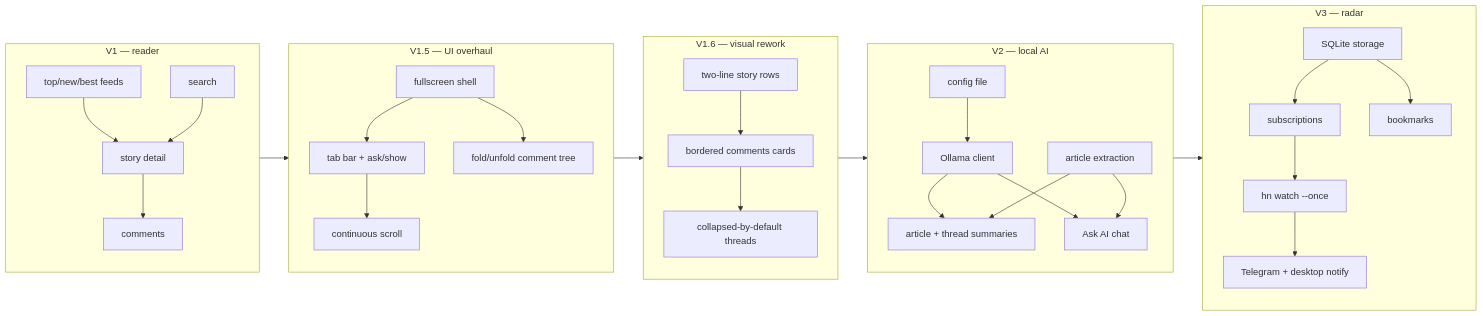
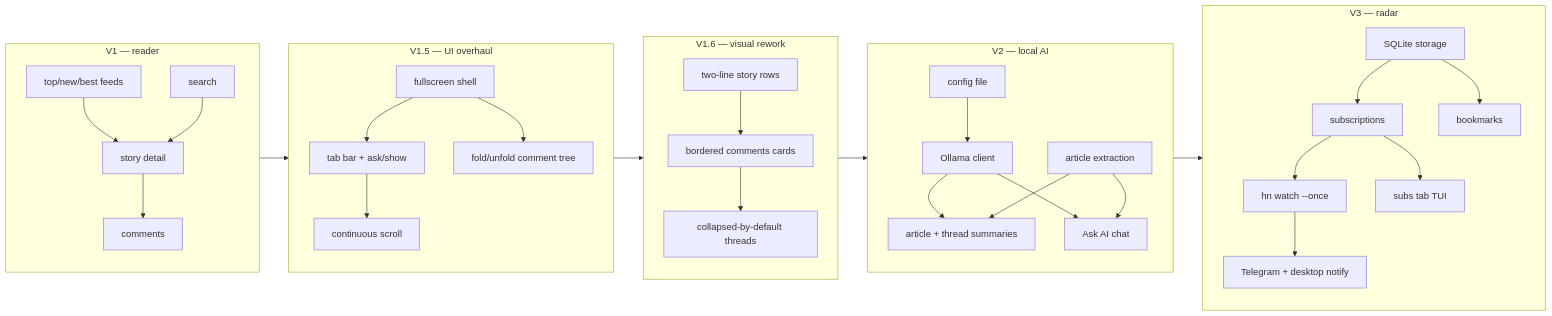
The diagram in specs/README.md (navinrc/hn-bits), drawn with Mermaid before and after one commit. The commit also changed other lines of this file and 6 other files, not shown here.

````diff
--- a/specs/README.md
+++ b/specs/README.md
@@ -17,29 +17,30 @@
 ```mermaid
 flowchart LR
     subgraph V1 [V1 — reader]
         A[top/new/best feeds] --> B[story detail] --> C[comments]
         S[search] --> B
     end
     subgraph V15 [V1.5 — UI overhaul]
         U[fullscreen shell] --> V[tab bar + ask/show]
         V --> W[continuous scroll]
         U --> X[fold/unfold comment tree]
     end
     subgraph V16 [V1.6 — visual rework]
         Y[two-line story rows] --> Z[bordered comments cards]
         Z --> AA[collapsed-by-default threads]
     end
     subgraph V2 [V2 — local AI]
         D[config file] --> E[Ollama client]
         E --> F[article + thread summaries]
         E --> G[Ask AI chat]
         H[article extraction] --> F & G
     end
     subgraph V3 [V3 — radar]
         I[SQLite storage] --> J[subscriptions]
         J --> K[hn watch --once]
         K --> L[Telegram + desktop notify]
+        J --> N[subs tab TUI]
         I --> M[bookmarks]
     end
     V1 --> V15 --> V16 --> V2 --> V3
 ```
````
